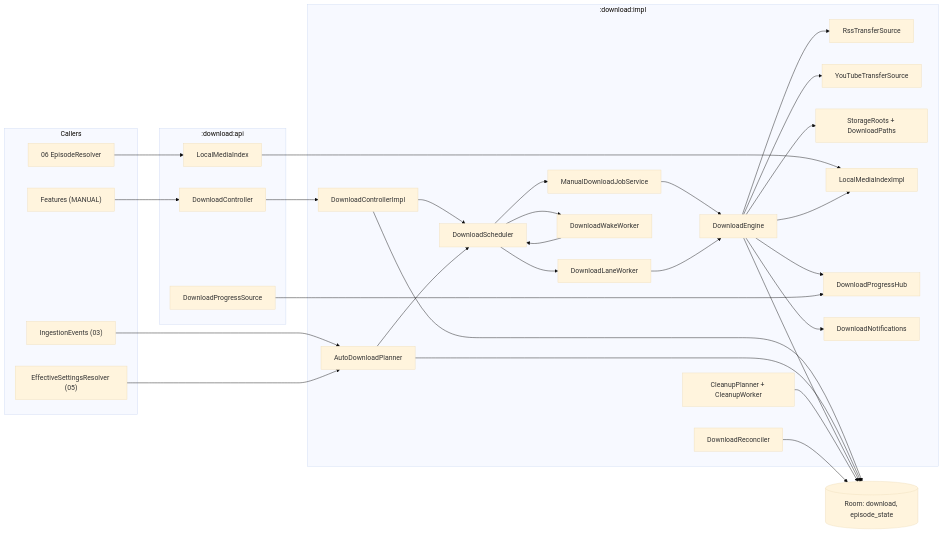
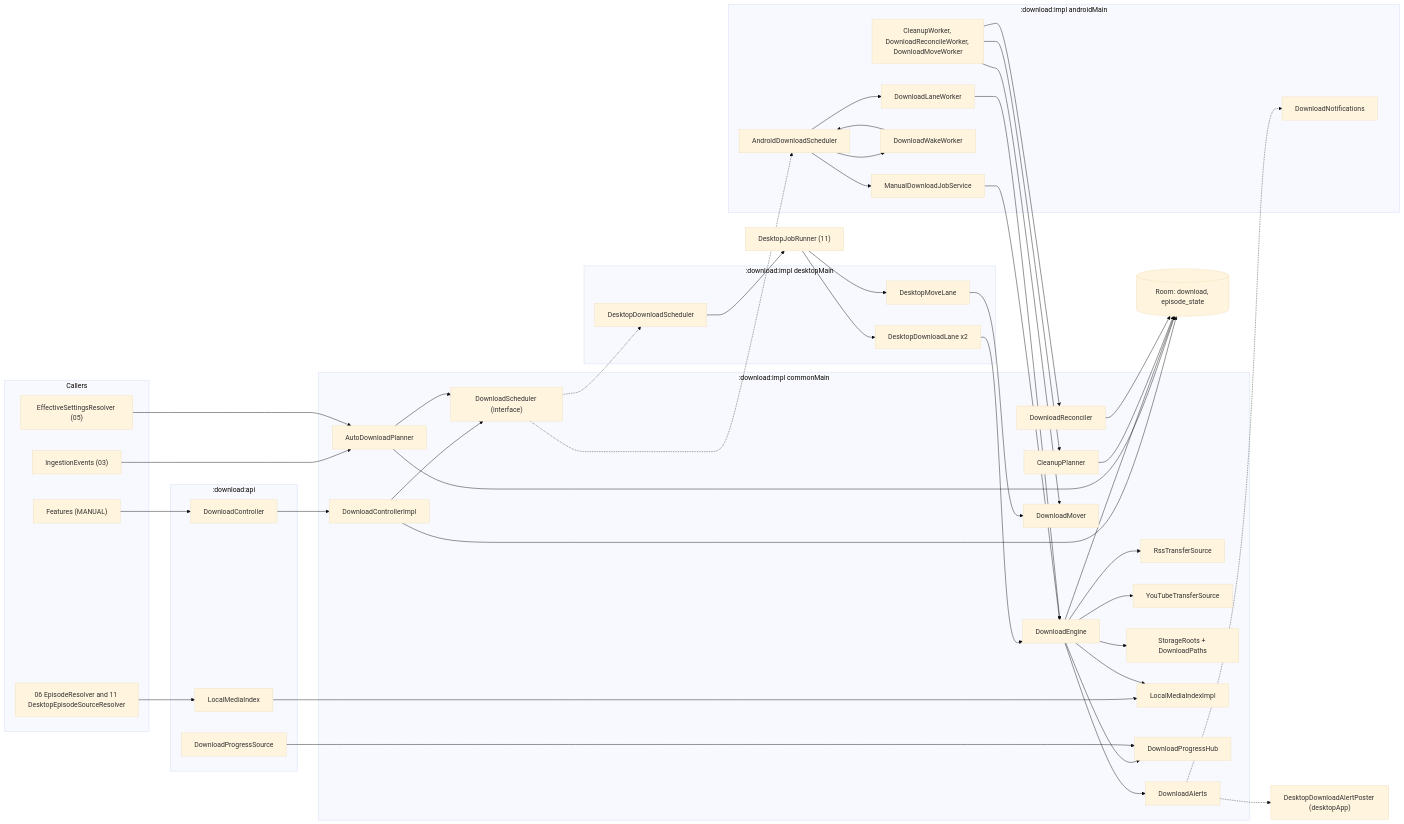
Before and after one commit to BigBoyDevBox/Neutrodyne: the first of 5 diagrams in docs/design/07-downloads.md, drawn with Mermaid (base theme). The commit also changed other lines of this file and 2 other files, not shown here.

````diff
--- a/docs/design/07-downloads.md
+++ b/docs/design/07-downloads.md
@@ -139,49 +157,69 @@
 ```mermaid
 flowchart LR
   subgraph callers["Callers"]
     F["Features (MANUAL)"]
     IE["IngestionEvents (03)"]
     ES["EffectiveSettingsResolver (05)"]
-    P06["06 EpisodeResolver"]
+    P06["06 EpisodeResolver and 11 DesktopEpisodeSourceResolver"]
   end
   subgraph api[":download:api"]
     DC["DownloadController"]
     LMI["LocalMediaIndex"]
     DPS["DownloadProgressSource"]
   end
-  subgraph impl[":download:impl"]
+  subgraph common[":download:impl commonMain"]
     CTRL["DownloadControllerImpl"]
     PLAN["AutoDownloadPlanner"]
-    SCH["DownloadScheduler"]
-    UIDT["ManualDownloadJobService"]
-    LW["DownloadLaneWorker"]
-    WW["DownloadWakeWorker"]
+    SCH["DownloadScheduler (interface)"]
     ENG["DownloadEngine"]
     RSS["RssTransferSource"]
     YT["YouTubeTransferSource"]
     SR["StorageRoots + DownloadPaths"]
     IDX["LocalMediaIndexImpl"]
     HUB["DownloadProgressHub"]
-    CLN["CleanupPlanner + CleanupWorker"]
+    CLN["CleanupPlanner"]
     REC["DownloadReconciler"]
+    MOV["DownloadMover"]
+    ALR["DownloadAlerts"]
+  end
+  subgraph android[":download:impl androidMain"]
+    ASCH["AndroidDownloadScheduler"]
+    UIDT["ManualDownloadJobService"]
+    LW["DownloadLaneWorker"]
+    WW["DownloadWakeWorker"]
+    AW["CleanupWorker, DownloadReconcileWorker, DownloadMoveWorker"]
     NOT["DownloadNotifications"]
   end
+  subgraph desktop[":download:impl desktopMain"]
+    DSCH["DesktopDownloadScheduler"]
+    DL["DesktopDownloadLane x2"]
+    DML["DesktopMoveLane"]
+  end
+  RUN["DesktopJobRunner (11)"]
+  DAP["DesktopDownloadAlertPoster (desktopApp)"]
   DB[("Room: download, episode_state")]
   F --> DC --> CTRL
   IE --> PLAN
   ES --> PLAN
   P06 --> LMI --> IDX
   CTRL --> DB
   PLAN --> DB
   CTRL --> SCH
   PLAN --> SCH
-  SCH --> UIDT & LW & WW
+  SCH -.-> ASCH & DSCH
+  ASCH --> UIDT & LW & WW
   UIDT --> ENG
   LW --> ENG
-  WW --> SCH
-  ENG --> RSS & YT & SR & HUB & IDX & NOT
+  WW --> ASCH
+  DSCH --> RUN
+  RUN --> DL & DML
+  DL --> ENG
+  DML --> MOV
+  AW --> CLN & REC & MOV
+  ENG --> RSS & YT & SR & HUB & IDX & ALR
+  ALR -.-> NOT & DAP
   ENG --> DB
   CLN --> DB
   REC --> DB
   DPS --> HUB
 ```
````
